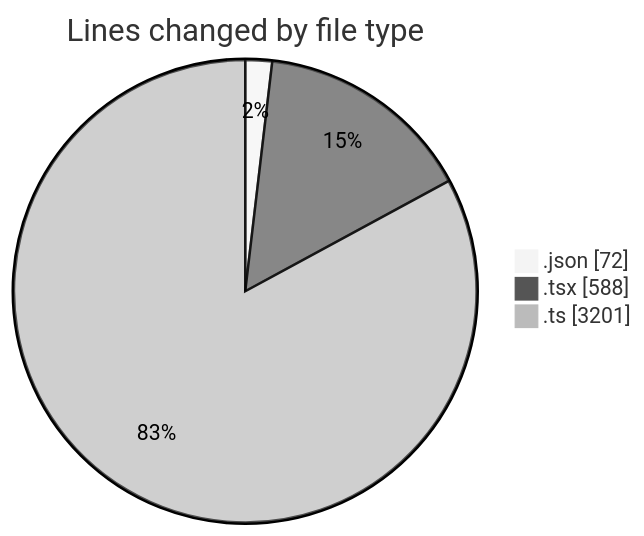
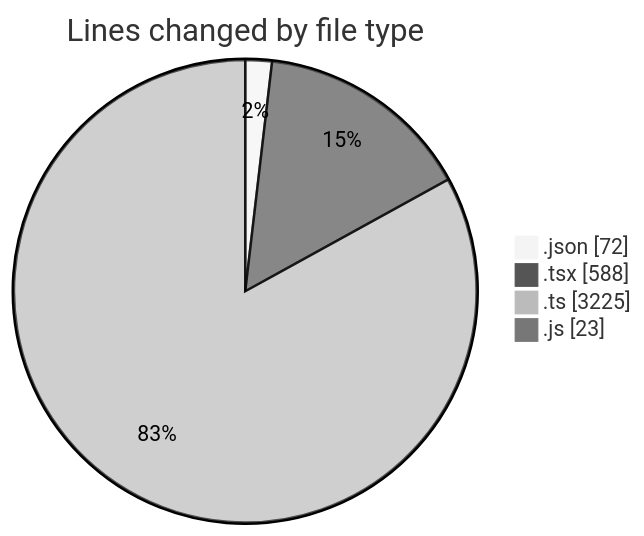
One commit to momahboobian/code-tracking changed the first of 2 diagrams in 2025-07-28/cda/README.md. Above: the diagram before and after it, drawn with Mermaid (neutral theme). The commit also changed other lines of this file and 1 other file, not shown here.

````diff
--- a/2025-07-28/cda/README.md
+++ b/2025-07-28/cda/README.md
@@ -22,7 +23,8 @@
 ```mermaid
 pie showData
 title Lines changed by file type
 ".json" : 72
 ".tsx" : 588
-".ts" : 3201
+".ts" : 3225
+".js" : 23
 ```
````
